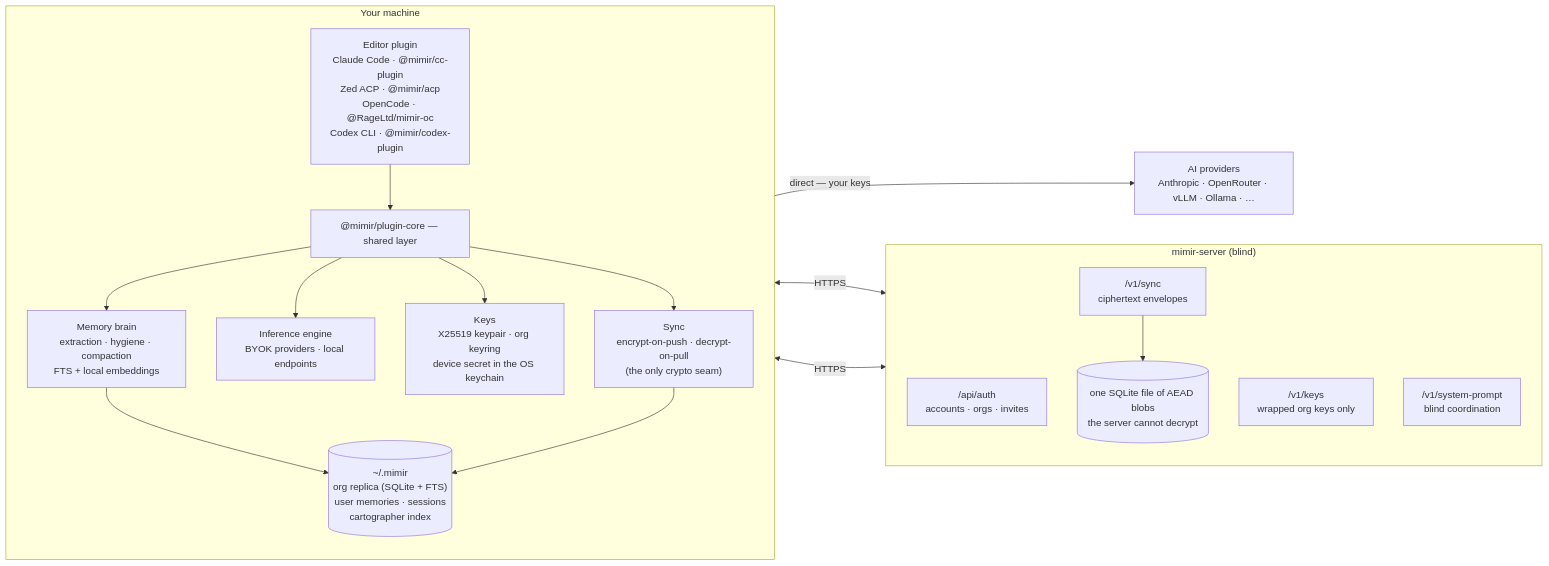
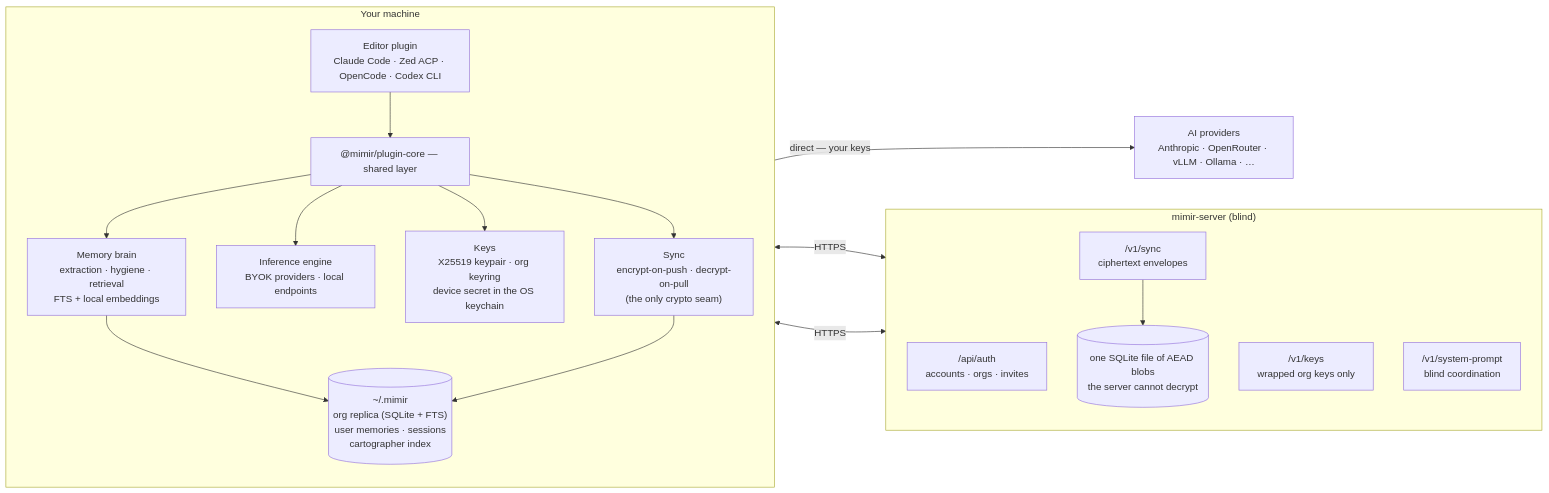
The diagram in README.md (RageLtd/mimir), drawn with Mermaid before and after one commit. The commit also changed other lines of this file and 19 other files, not shown here.

````diff
--- a/README.md
+++ b/README.md
@@ -10,36 +24,36 @@
 ```mermaid
 flowchart LR
   subgraph machine["Your machine"]
     direction TB
-    plugins["Editor plugin<br/>Claude Code · @mimir/cc-plugin<br/>Zed ACP · @mimir/acp<br/>OpenCode · @RageLtd/mimir-oc<br/>Codex CLI · @mimir/codex-plugin"]
+    plugins["Editor plugin<br/>Claude Code · Zed ACP · OpenCode · Codex CLI"]
     core["@mimir/plugin-core — shared layer"]
-    brain["Memory brain<br/>extraction · hygiene · compaction<br/>FTS + local embeddings"]
+    brain["Memory brain<br/>extraction · hygiene · retrieval<br/>FTS + local embeddings"]
     engine["Inference engine<br/>BYOK providers · local endpoints"]
     keys["Keys<br/>X25519 keypair · org keyring<br/>device secret in the OS keychain"]
     syncmod["Sync<br/>encrypt-on-push · decrypt-on-pull<br/>(the only crypto seam)"]
     localstate[("~/.mimir<br/>org replica (SQLite + FTS)<br/>user memories · sessions<br/>cartographer index")]
     plugins --> core
     core --> brain
     core --> engine
     core --> keys
     core --> syncmod
     brain --> localstate
     syncmod --> localstate
   end
 
   subgraph server["mimir-server (blind)"]
     direction TB
     auth["/api/auth<br/>accounts · orgs · invites"]
     keyroutes["/v1/keys<br/>wrapped org keys only"]
     syncroutes["/v1/sync<br/>ciphertext envelopes"]
     coord["/v1/system-prompt<br/>blind coordination"]
     tenantdb[("one SQLite file of AEAD blobs<br/>the server cannot decrypt")]
     syncroutes --> tenantdb
   end
 
   providers["AI providers<br/>Anthropic · OpenRouter · vLLM · Ollama · …"]
 
   engine -->|"direct — your keys"| providers
   keys <-->|HTTPS| keyroutes
   syncmod <-->|HTTPS| syncroutes
 ```
````
